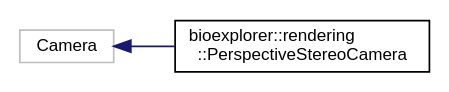
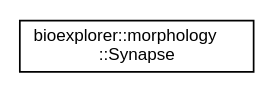
Before and after one commit to BlueBrain/BioExplorer: the diagram in docs/inherit_graph_90.dot, drawn with Graphviz. The commit also changed 458 other files, not shown here.

```diff
--- a/docs/inherit_graph_90.dot
+++ b/docs/inherit_graph_90.dot
@@ -1,10 +1,8 @@
 digraph "Graphical Class Hierarchy"
 {
  // LATEX_PDF_SIZE
   edge [fontname="Helvetica",fontsize="10",labelfontname="Helvetica",labelfontsize="10"];
   node [fontname="Helvetica",fontsize="10",shape=record];
   rankdir="LR";
-  Node112 [label="Camera",height=0.2,width=0.4,color="grey75", fillcolor="white", style="filled",tooltip=" "];
-  Node112 -> Node0 [dir="back",color="midnightblue",fontsize="10",style="solid",fontname="Helvetica"];
-  Node0 [label="bioexplorer::rendering\l::PerspectiveStereoCamera",height=0.2,width=0.4,color="black", fillcolor="white", style="filled",URL="$d8/d50/structbioexplorer_1_1rendering_1_1PerspectiveStereoCamera.html",tooltip=" "];
+  Node0 [label="bioexplorer::morphology\l::Synapse",height=0.2,width=0.4,color="black", fillcolor="white", style="filled",URL="$d0/dd7/structbioexplorer_1_1morphology_1_1Synapse.html",tooltip=" "];
 }
```
